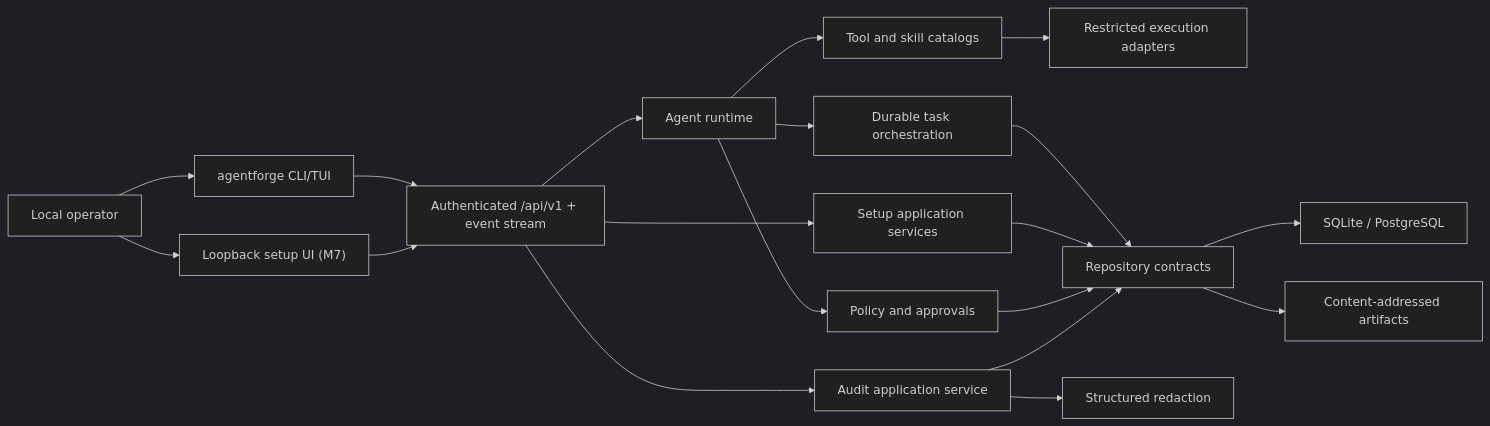
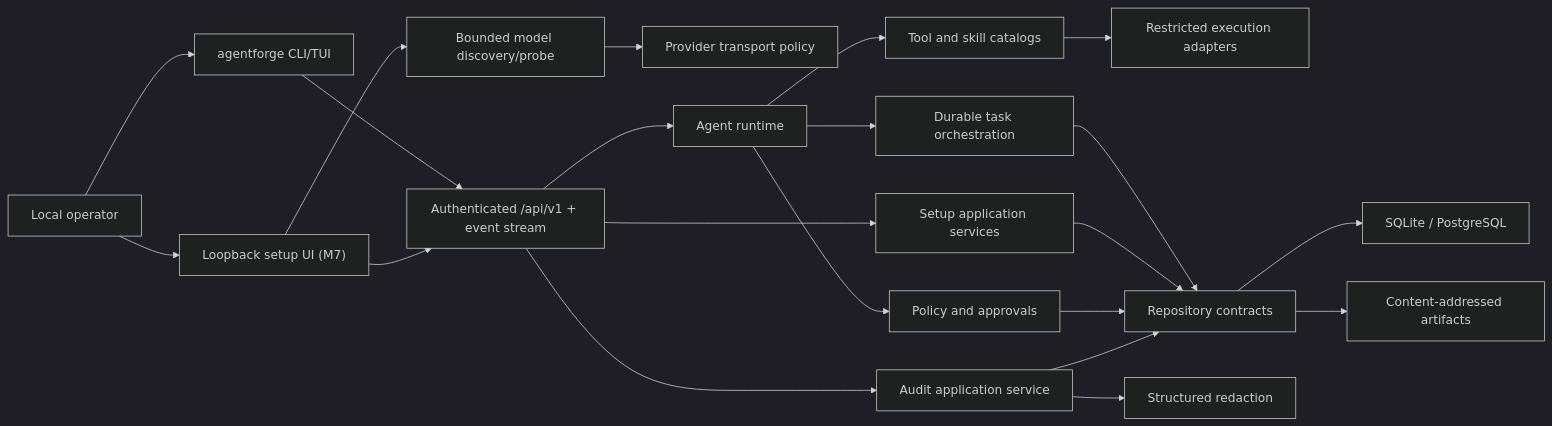
One commit to helmutsreinis/AgentForge changed the first of 2 diagrams in docs/ARCHITECTURE.md. Above: the diagram before and after it, drawn with Mermaid (dark theme). The commit also changed other lines of this file and 29 other files, not shown here.

Commit message:
feat(setup): make first-run flow operator centered

````diff
--- a/docs/ARCHITECTURE.md
+++ b/docs/ARCHITECTURE.md
@@ -17,21 +19,23 @@
 ```mermaid
 flowchart LR
   Operator["Local operator"] --> CLI["agentforge CLI/TUI"]
   Operator --> Web["Loopback setup UI (M7)"]
   CLI --> API["Authenticated /api/v1 + event stream"]
   Web --> API
+  Web --> ModelDiscovery["Bounded model discovery/probe"]
+  ModelDiscovery --> Models["Provider transport policy"]
   API --> Setup["Setup application services"]
   API --> Runtime["Agent runtime"]
   Runtime --> Policy["Policy and approvals"]
   Runtime --> Orchestration["Durable task orchestration"]
   Runtime --> Catalogs["Tool and skill catalogs"]
   Catalogs --> Sandbox["Restricted execution adapters"]
   Orchestration --> Persistence["Repository contracts"]
   Setup --> Persistence
   Policy --> Persistence
   API --> Audit["Audit application service"]
   Audit --> Redaction["Structured redaction"]
   Audit --> Persistence
   Persistence --> SQLite["SQLite / PostgreSQL"]
   Persistence --> Artifacts["Content-addressed artifacts"]
 ```
````
